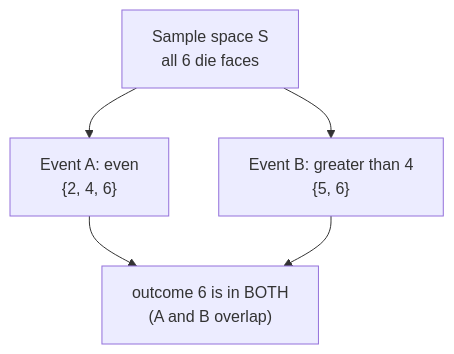
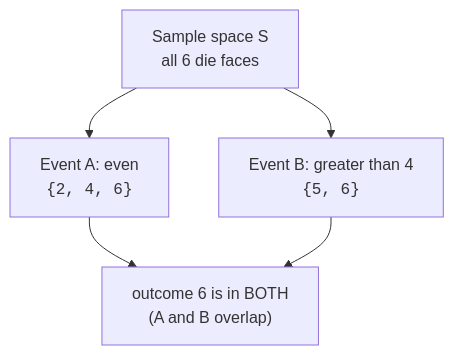
The first of 3 diagrams in content/learn/statistics-for-data-science-python/probability-basics.mdx (dataslope/dataslope), drawn with Mermaid before and after one commit. The commit also changed 100 other files, not shown here.

First line of the commit message:
Wrap more code in diagram labels: filenames, hex, assignments, subgraph titles

````diff
--- a/content/learn/statistics-for-data-science-python/probability-basics.mdx
+++ b/content/learn/statistics-for-data-science-python/probability-basics.mdx
@@ -33,7 +33,7 @@
 ```mermaid
 flowchart TD
-  S["Sample space S<br/>all 6 die faces"] --> E1["Event A: even<br/>{2, 4, 6}"]
-  S --> E2["Event B: greater than 4<br/>{5, 6}"]
+  S["Sample space S<br/>all 6 die faces"] --> E1["Event A: even<br/><code>{2, 4, 6}</code>"]
+  S --> E2["Event B: greater than 4<br/><code>{5, 6}</code>"]
   E1 --> O1["outcome 6 is in BOTH<br/>(A and B overlap)"]
   E2 --> O1
 ```
````
